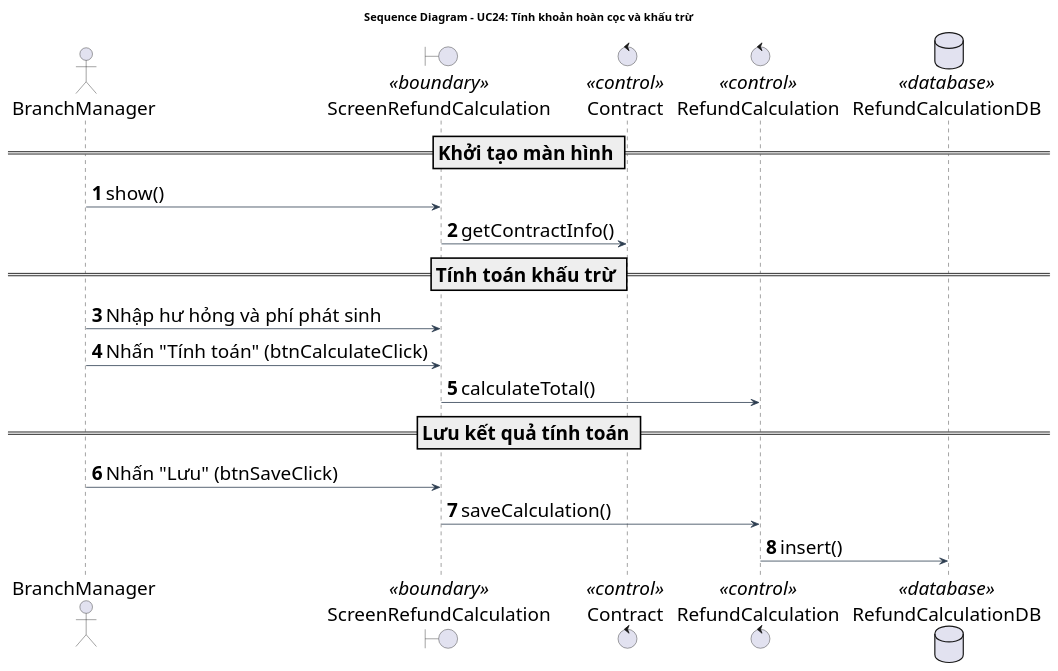
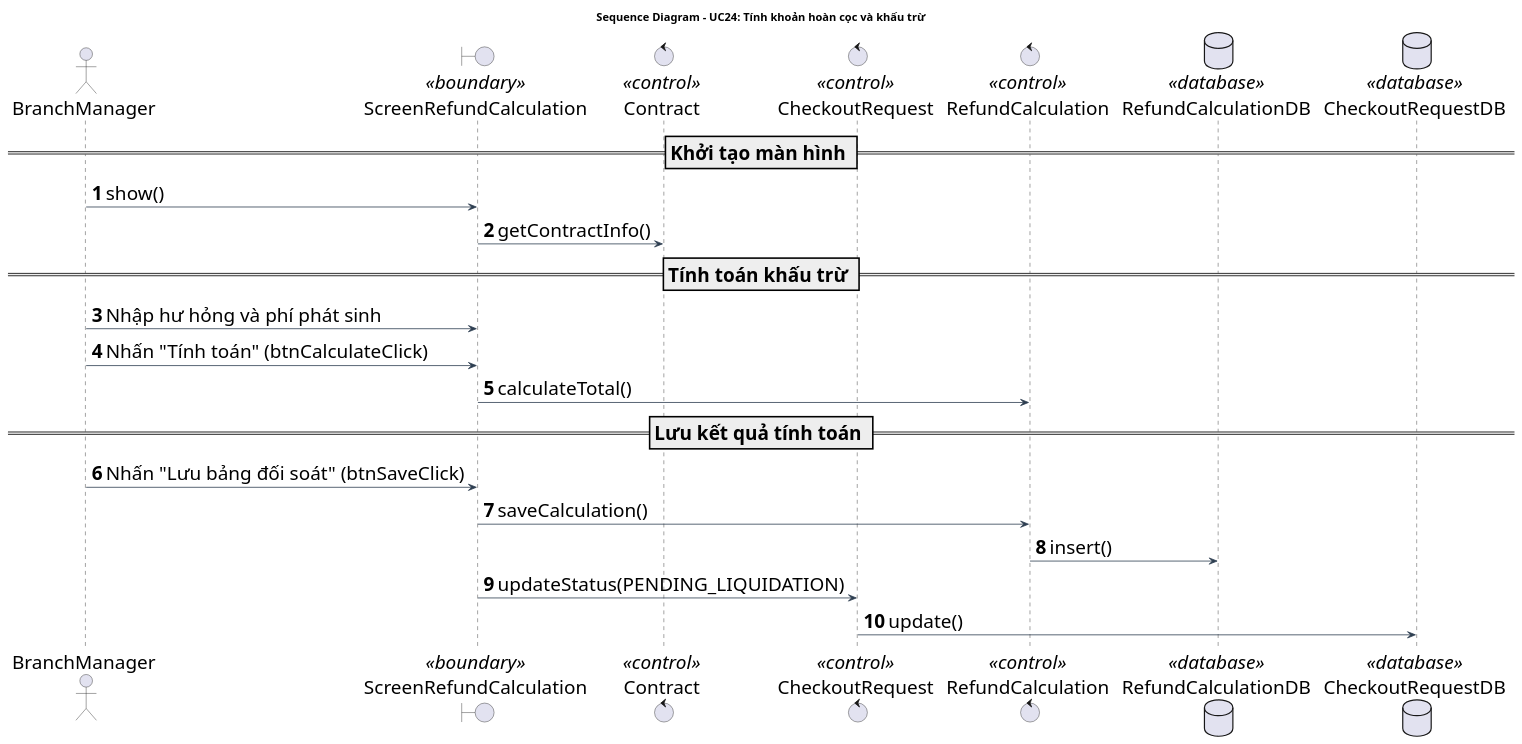
The diagram in doc/system/tinh_hoan_coc_khau_tru/TinhHoanCocKhauTru_SequenceDiagram.wsd (Gnourt812005/HCMUS-Analyze-and-desgin-IS), drawn with PlantUML before and after one commit. The commit also changed 23 other files, not shown here.

```diff
--- a/doc/system/tinh_hoan_coc_khau_tru/TinhHoanCocKhauTru_SequenceDiagram.wsd
+++ b/doc/system/tinh_hoan_coc_khau_tru/TinhHoanCocKhauTru_SequenceDiagram.wsd
@@ -1,34 +1,38 @@
 @startuml TinhHoanCocKhauTru_SequenceDiagram
 title Sequence Diagram - UC24: Tính khoản hoàn cọc và khấu trừ
 
 skinparam {
     BackgroundColor White
     ArrowColor #2D3E50
     DefaultFontName "Arial"
     DefaultFontSize 24
     ParticipantPadding 20
 }
 
 actor "BranchManager" as QuanLy
 boundary "ScreenRefundCalculation" as Screen <<boundary>>
 control "Contract" as Contract <<control>>
+control "CheckoutRequest" as Request <<control>>
 control "RefundCalculation" as Calc <<control>>
 database "RefundCalculationDB" as DB <<database>>
+database "CheckoutRequestDB" as RequestDB <<database>>
 
 autonumber
 
 == Khởi tạo màn hình ==
 QuanLy -> Screen: show()
 Screen -> Contract: getContractInfo()
 
 == Tính toán khấu trừ ==
 QuanLy -> Screen: Nhập hư hỏng và phí phát sinh
 QuanLy -> Screen: Nhấn "Tính toán" (btnCalculateClick)
 Screen -> Calc: calculateTotal()
 
 == Lưu kết quả tính toán ==
-QuanLy -> Screen: Nhấn "Lưu" (btnSaveClick)
+QuanLy -> Screen: Nhấn "Lưu bảng đối soát" (btnSaveClick)
 Screen -> Calc: saveCalculation()
 Calc -> DB: insert()
+Screen -> Request: updateStatus(PENDING_LIQUIDATION)
+Request -> RequestDB: update()
 
 @enduml
```
